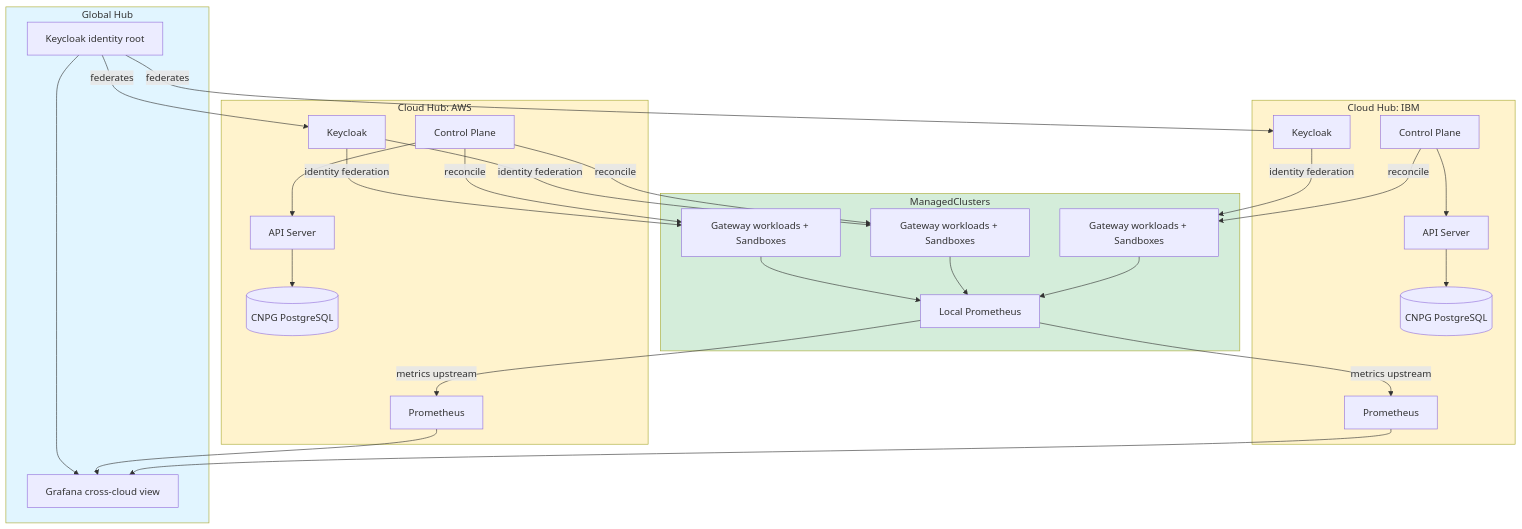
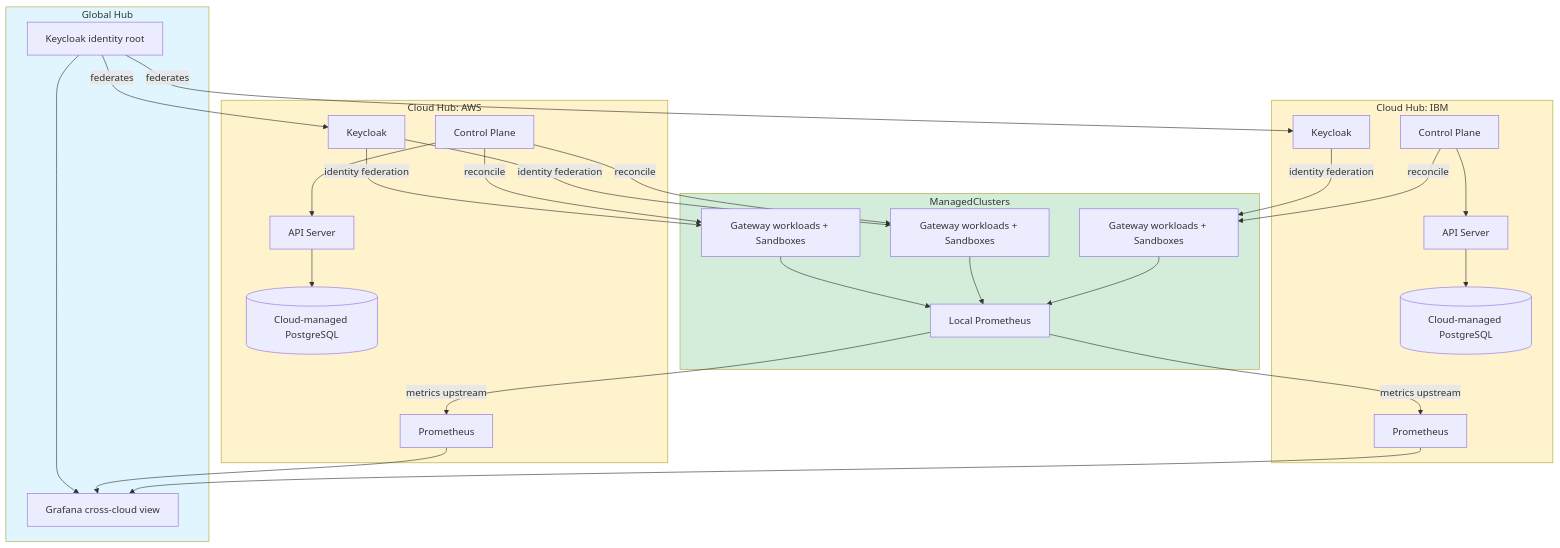
One commit to jonmosco/hypershell changed the diagram in docs/architecture/source/platform-topology.md. Above: the diagram before and after it, drawn with Mermaid. The commit also changed 148 other files, not shown here.

````diff
--- a/docs/architecture/source/platform-topology.md
+++ b/docs/architecture/source/platform-topology.md
@@ -9,51 +9,51 @@
 ```mermaid
 graph TB
   subgraph GH[Global Hub]
     GKI[Keycloak identity root]
     GHG[Grafana cross-cloud view]
     GKI --> GHG
   end
   subgraph AWS[Cloud Hub: AWS]
     AK[Keycloak]
     AAPI[API Server]
     AWS_CONTROL[Control Plane]
-    ADB[(CNPG PostgreSQL)]
+    ADB[(Cloud-managed PostgreSQL)]
     AP[Prometheus]
     AAPI --> ADB
     AWS_CONTROL --> AAPI
     AP --> GHG
   end
   subgraph IBM[Cloud Hub: IBM]
     IK[Keycloak]
     IAPI[API Server]
     ICP[Control Plane]
-    IDB[(CNPG PostgreSQL)]
+    IDB[(Cloud-managed PostgreSQL)]
     IP[Prometheus]
     IAPI --> IDB
     ICP --> IAPI
     IP --> GHG
   end
   subgraph MC[ManagedClusters]
     M1[Gateway workloads + Sandboxes]
     M2[Gateway workloads + Sandboxes]
     M3[Gateway workloads + Sandboxes]
     MP[Local Prometheus]
   end
   GKI -->|federates| AK
   GKI -->|federates| IK
   AK -->|identity federation| M1
   AK -->|identity federation| M2
   IK -->|identity federation| M3
   AWS_CONTROL -->|reconcile| M1
   AWS_CONTROL -->|reconcile| M2
   ICP -->|reconcile| M3
   M1 --> MP
   M2 --> MP
   M3 --> MP
   MP -->|metrics upstream| AP
   MP -->|metrics upstream| IP
   style GH fill:#e1f5ff
   style AWS fill:#fff3cd
   style IBM fill:#fff3cd
   style MC fill:#d4edda
 ```
````
